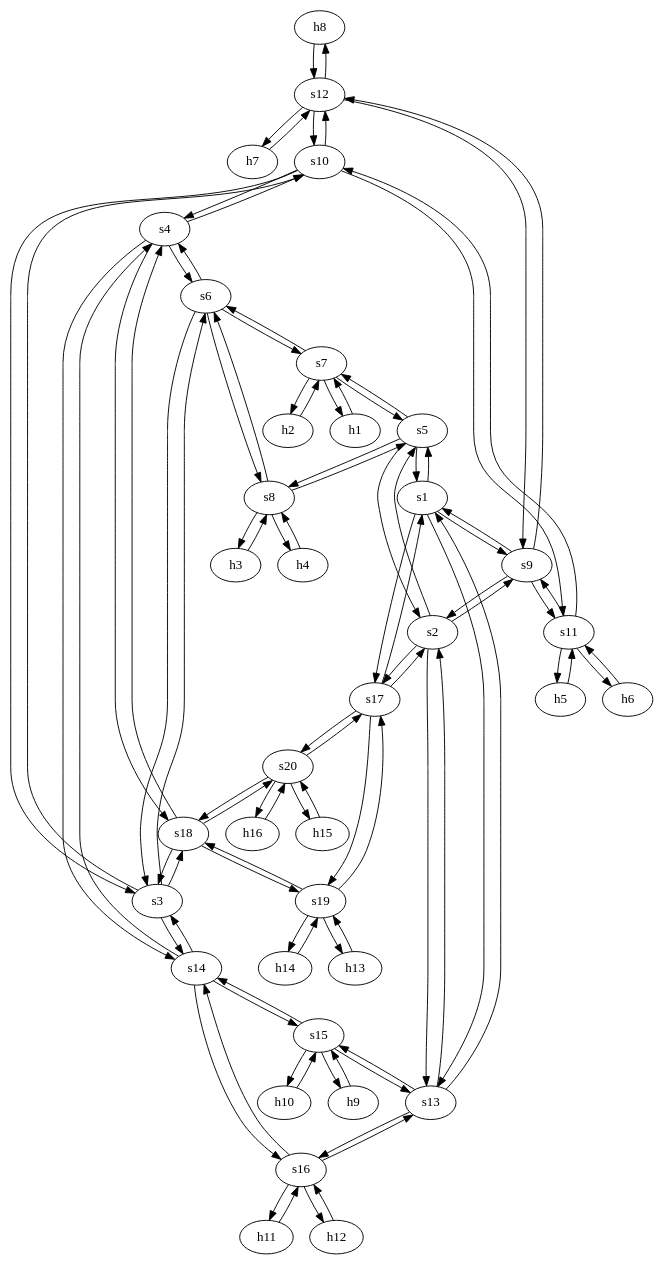
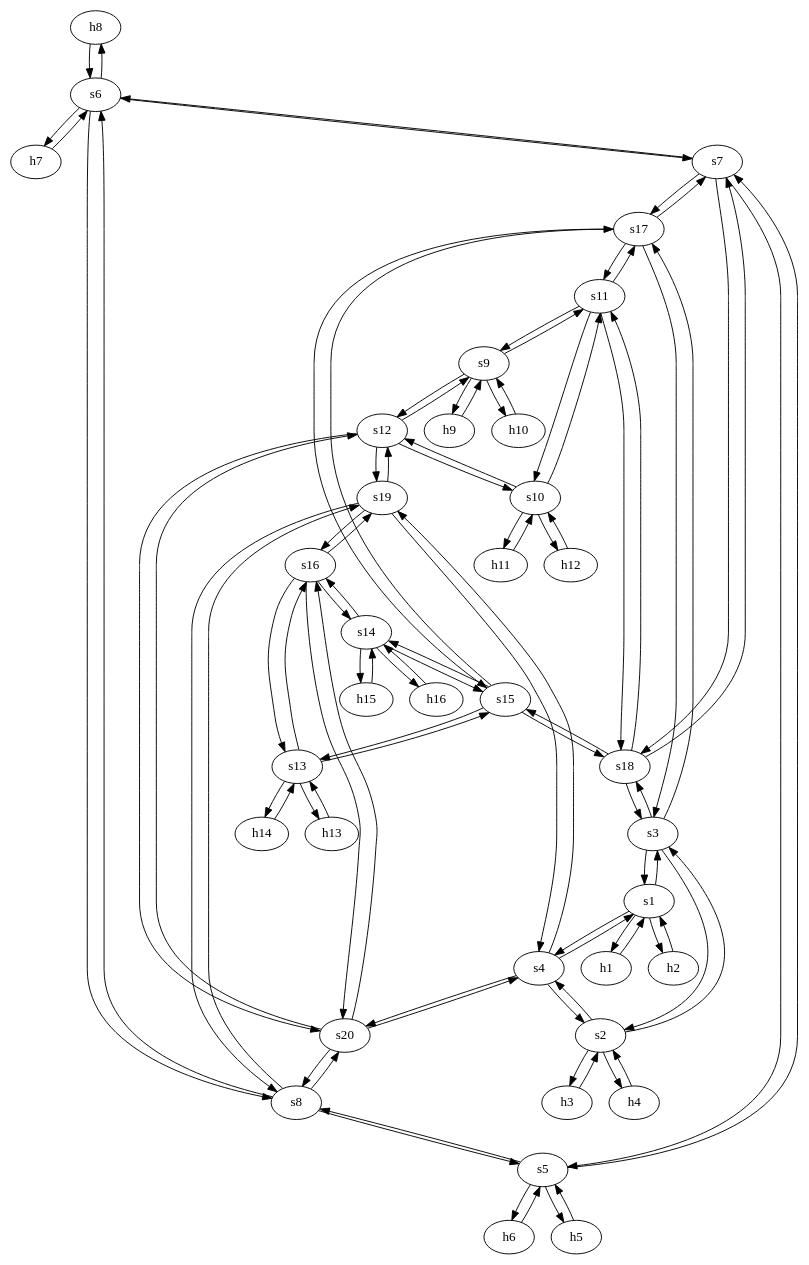
Before and after one commit to frenetic-lang/frenetic: the diagram in examples/output/fattree-4.dot, drawn with Graphviz. The commit also changed 9 other files, not shown here.

```diff
--- a/examples/output/fattree-4.dot
+++ b/examples/output/fattree-4.dot
@@ -2,202 +2,194 @@
 	h8	 [ip="111.0.0.8",
 		mac="0:0:0:0:0:8",
 		type=host];
-	s12	 [id=12,
+	s6	 [id=6,
 		level="edge",
 		type=switch];
-	h8 -> s12	 [capacity="1Gbps",
+	h8 -> s6	 [capacity="1Gbps",
 		cost=1,
-		dst_port=3,
+		dst_port=1,
 		src_port=0];
 	h9	 [ip="111.0.0.9",
 		mac="0:0:0:0:0:9",
 		type=host];
-	s15	 [id=15,
+	s9	 [id=9,
 		level="edge",
 		type=switch];
-	h9 -> s15	 [capacity="1Gbps",
+	h9 -> s9	 [capacity="1Gbps",
 		cost=1,
-		dst_port=2,
+		dst_port=0,
 		src_port=0];
 	h2	 [ip="111.0.0.2",
 		mac="0:0:0:0:0:2",
 		type=host];
-	s7	 [id=7,
+	s1	 [id=1,
 		level="edge",
 		type=switch];
-	h2 -> s7	 [capacity="1Gbps",
+	h2 -> s1	 [capacity="1Gbps",
 		cost=1,
-		dst_port=3,
+		dst_port=1,
 		src_port=0];
 	h3	 [ip="111.0.0.3",
 		mac="0:0:0:0:0:3",
 		type=host];
-	s8	 [id=8,
+	s2	 [id=2,
 		level="edge",
 		type=switch];
-	h3 -> s8	 [capacity="1Gbps",
+	h3 -> s2	 [capacity="1Gbps",
 		cost=1,
-		dst_port=2,
+		dst_port=0,
 		src_port=0];
 	h1	 [ip="111.0.0.1",
 		mac="0:0:0:0:0:1",
 		type=host];
-	h1 -> s7	 [capacity="1Gbps",
+	h1 -> s1	 [capacity="1Gbps",
 		cost=1,
-		dst_port=2,
+		dst_port=0,
 		src_port=0];
 	h6	 [ip="111.0.0.6",
 		mac="0:0:0:0:0:6",
 		type=host];
-	s11	 [id=11,
+	s5	 [id=5,
 		level="edge",
 		type=switch];
-	h6 -> s11	 [capacity="1Gbps",
+	h6 -> s5	 [capacity="1Gbps",
 		cost=1,
-		dst_port=3,
+		dst_port=1,
 		src_port=0];
 	h7	 [ip="111.0.0.7",
 		mac="0:0:0:0:0:7",
 		type=host];
-	h7 -> s12	 [capacity="1Gbps",
+	h7 -> s6	 [capacity="1Gbps",
 		cost=1,
-		dst_port=2,
+		dst_port=0,
 		src_port=0];
 	h4	 [ip="111.0.0.4",
 		mac="0:0:0:0:0:4",
 		type=host];
-	h4 -> s8	 [capacity="1Gbps",
+	h4 -> s2	 [capacity="1Gbps",
 		cost=1,
-		dst_port=3,
+		dst_port=1,
 		src_port=0];
 	h5	 [ip="111.0.0.5",
 		mac="0:0:0:0:0:5",
 		type=host];
-	h5 -> s11	 [capacity="1Gbps",
+	h5 -> s5	 [capacity="1Gbps",
 		cost=1,
-		dst_port=2,
+		dst_port=0,
 		src_port=0];
-	s9	 [id=9,
+	s9 -> h9	 [capacity="1Gbps",
+		cost=1,
+		dst_port=0,
+		src_port=0];
+	s12	 [id=12,
 		level=aggregation,
 		type=switch];
-	s2	 [id=2,
-		level=core,
-		type=switch];
-	s9 -> s2	 [capacity="1Gbps",
-		cost=1,
-		dst_port=1,
-		src_port=1];
-	s1	 [id=1,
-		level=core,
-		type=switch];
-	s9 -> s1	 [capacity="1Gbps",
-		cost=1,
-		dst_port=1,
-		src_port=0];
 	s9 -> s12	 [capacity="1Gbps",
 		cost=1,
 		dst_port=0,
 		src_port=3];
+	s11	 [id=11,
+		level=aggregation,
+		type=switch];
 	s9 -> s11	 [capacity="1Gbps",
 		cost=1,
 		dst_port=0,
 		src_port=2];
-	s8 -> h3	 [capacity="1Gbps",
+	h10	 [ip="111.0.0.10",
+		mac="0:0:0:0:0:a",
+		type=host];
+	s9 -> h10	 [capacity="1Gbps",
 		cost=1,
 		dst_port=0,
-		src_port=2];
-	s8 -> h4	 [capacity="1Gbps",
-		cost=1,
-		dst_port=0,
-		src_port=3];
-	s6	 [id=6,
+		src_port=1];
+	s8	 [id=8,
 		level=aggregation,
 		type=switch];
 	s8 -> s6	 [capacity="1Gbps",
 		cost=1,
 		dst_port=3,
 		src_port=1];
-	s5	 [id=5,
-		level=aggregation,
-		type=switch];
 	s8 -> s5	 [capacity="1Gbps",
 		cost=1,
 		dst_port=3,
 		src_port=0];
-	s3	 [id=3,
+	s19	 [id=19,
 		level=core,
 		type=switch];
-	s3 -> s6	 [capacity="1Gbps",
+	s8 -> s19	 [capacity="1Gbps",
 		cost=1,
-		dst_port=0,
+		dst_port=1,
+		src_port=2];
+	s20	 [id=20,
+		level=core,
+		type=switch];
+	s8 -> s20	 [capacity="1Gbps",
+		cost=1,
+		dst_port=1,
+		src_port=3];
+	s3	 [id=3,
+		level=aggregation,
+		type=switch];
+	s3 -> s2	 [capacity="1Gbps",
+		cost=1,
+		dst_port=2,
+		src_port=1];
+	s3 -> s1	 [capacity="1Gbps",
+		cost=1,
+		dst_port=2,
 		src_port=0];
 	s18	 [id=18,
-		level=aggregation,
+		level=core,
 		type=switch];
 	s3 -> s18	 [capacity="1Gbps",
 		cost=1,
 		dst_port=0,
 		src_port=3];
-	s10	 [id=10,
-		level=aggregation,
+	s17	 [id=17,
+		level=core,
 		type=switch];
-	s3 -> s10	 [capacity="1Gbps",
+	s3 -> s17	 [capacity="1Gbps",
+		cost=1,
+		dst_port=0,
+		src_port=2];
+	s2 -> h3	 [capacity="1Gbps",
+		cost=1,
+		dst_port=0,
+		src_port=0];
+	s2 -> h4	 [capacity="1Gbps",
 		cost=1,
 		dst_port=0,
 		src_port=1];
-	s14	 [id=14,
+	s2 -> s3	 [capacity="1Gbps",
+		cost=1,
+		dst_port=1,
+		src_port=2];
+	s4	 [id=4,
 		level=aggregation,
 		type=switch];
-	s3 -> s14	 [capacity="1Gbps",
+	s2 -> s4	 [capacity="1Gbps",
+		cost=1,
+		dst_port=1,
+		src_port=3];
+	s1 -> h2	 [capacity="1Gbps",
+		cost=1,
+		dst_port=0,
+		src_port=1];
+	s1 -> h1	 [capacity="1Gbps",
+		cost=1,
+		dst_port=0,
+		src_port=0];
+	s1 -> s3	 [capacity="1Gbps",
 		cost=1,
 		dst_port=0,
 		src_port=2];
-	s2 -> s9	 [capacity="1Gbps",
-		cost=1,
-		dst_port=1,
-		src_port=1];
-	s2 -> s5	 [capacity="1Gbps",
-		cost=1,
-		dst_port=1,
-		src_port=0];
-	s13	 [id=13,
-		level=aggregation,
-		type=switch];
-	s2 -> s13	 [capacity="1Gbps",
-		cost=1,
-		dst_port=1,
-		src_port=2];
-	s17	 [id=17,
-		level=aggregation,
-		type=switch];
-	s2 -> s17	 [capacity="1Gbps",
-		cost=1,
-		dst_port=1,
-		src_port=3];
-	s1 -> s9	 [capacity="1Gbps",
-		cost=1,
-		dst_port=0,
-		src_port=1];
-	s1 -> s5	 [capacity="1Gbps",
-		cost=1,
-		dst_port=0,
-		src_port=0];
-	s1 -> s13	 [capacity="1Gbps",
-		cost=1,
-		dst_port=0,
-		src_port=2];
-	s1 -> s17	 [capacity="1Gbps",
+	s1 -> s4	 [capacity="1Gbps",
 		cost=1,
 		dst_port=0,
 		src_port=3];
-	s7 -> h2	 [capacity="1Gbps",
-		cost=1,
-		dst_port=0,
-		src_port=3];
-	s7 -> h1	 [capacity="1Gbps",
-		cost=1,
-		dst_port=0,
-		src_port=2];
+	s7	 [id=7,
+		level=aggregation,
+		type=switch];
 	s7 -> s6	 [capacity="1Gbps",
 		cost=1,
 		dst_port=2,
@@ -206,110 +198,101 @@
 		cost=1,
 		dst_port=2,
 		src_port=0];
+	s7 -> s18	 [capacity="1Gbps",
+		cost=1,
+		dst_port=1,
+		src_port=3];
+	s7 -> s17	 [capacity="1Gbps",
+		cost=1,
+		dst_port=1,
+		src_port=2];
+	s6 -> h8	 [capacity="1Gbps",
+		cost=1,
+		dst_port=0,
+		src_port=1];
+	s6 -> h7	 [capacity="1Gbps",
+		cost=1,
+		dst_port=0,
+		src_port=0];
 	s6 -> s8	 [capacity="1Gbps",
 		cost=1,
 		dst_port=1,
 		src_port=3];
-	s6 -> s3	 [capacity="1Gbps",
-		cost=1,
-		dst_port=0,
-		src_port=0];
 	s6 -> s7	 [capacity="1Gbps",
 		cost=1,
 		dst_port=1,
 		src_port=2];
-	s4	 [id=4,
-		level=core,
-		type=switch];
-	s6 -> s4	 [capacity="1Gbps",
+	s5 -> h6	 [capacity="1Gbps",
 		cost=1,
 		dst_port=0,
 		src_port=1];
+	s5 -> h5	 [capacity="1Gbps",
+		cost=1,
+		dst_port=0,
+		src_port=0];
 	s5 -> s8	 [capacity="1Gbps",
 		cost=1,
 		dst_port=0,
 		src_port=3];
-	s5 -> s2	 [capacity="1Gbps",
-		cost=1,
-		dst_port=0,
-		src_port=1];
-	s5 -> s1	 [capacity="1Gbps",
-		cost=1,
-		dst_port=0,
-		src_port=0];
 	s5 -> s7	 [capacity="1Gbps",
 		cost=1,
 		dst_port=0,
 		src_port=2];
-	s4 -> s6	 [capacity="1Gbps",
+	s4 -> s2	 [capacity="1Gbps",
 		cost=1,
-		dst_port=1,
+		dst_port=3,
+		src_port=1];
+	s4 -> s1	 [capacity="1Gbps",
+		cost=1,
+		dst_port=3,
 		src_port=0];
-	s4 -> s18	 [capacity="1Gbps",
+	s4 -> s19	 [capacity="1Gbps",
 		cost=1,
-		dst_port=1,
+		dst_port=0,
+		src_port=2];
+	s4 -> s20	 [capacity="1Gbps",
+		cost=1,
+		dst_port=0,
 		src_port=3];
-	s4 -> s10	 [capacity="1Gbps",
-		cost=1,
-		dst_port=1,
-		src_port=1];
-	s4 -> s14	 [capacity="1Gbps",
-		cost=1,
-		dst_port=1,
-		src_port=2];
-	s19	 [id=19,
-		level="edge",
-		type=switch];
-	s19 -> s18	 [capacity="1Gbps",
+	s19 -> s8	 [capacity="1Gbps",
 		cost=1,
 		dst_port=2,
 		src_port=1];
-	s19 -> s17	 [capacity="1Gbps",
+	s19 -> s4	 [capacity="1Gbps",
 		cost=1,
 		dst_port=2,
 		src_port=0];
-	h13	 [ip="111.0.0.13",
-		mac="0:0:0:0:0:d",
-		type=host];
-	s19 -> h13	 [capacity="1Gbps",
+	s19 -> s12	 [capacity="1Gbps",
 		cost=1,
-		dst_port=0,
+		dst_port=2,
 		src_port=2];
-	h14	 [ip="111.0.0.14",
-		mac="0:0:0:0:0:e",
-		type=host];
-	s19 -> h14	 [capacity="1Gbps",
+	s16	 [id=16,
+		level=aggregation,
+		type=switch];
+	s19 -> s16	 [capacity="1Gbps",
 		cost=1,
-		dst_port=0,
+		dst_port=2,
 		src_port=3];
 	s18 -> s3	 [capacity="1Gbps",
 		cost=1,
 		dst_port=3,
 		src_port=0];
-	s18 -> s4	 [capacity="1Gbps",
+	s18 -> s7	 [capacity="1Gbps",
 		cost=1,
 		dst_port=3,
 		src_port=1];
-	s18 -> s19	 [capacity="1Gbps",
+	s18 -> s11	 [capacity="1Gbps",
 		cost=1,
-		dst_port=1,
+		dst_port=3,
 		src_port=2];
-	s20	 [id=20,
-		level="edge",
+	s15	 [id=15,
+		level=aggregation,
 		type=switch];
-	s18 -> s20	 [capacity="1Gbps",
+	s18 -> s15	 [capacity="1Gbps",
 		cost=1,
-		dst_port=1,
+		dst_port=3,
 		src_port=3];
-	s13 -> s2	 [capacity="1Gbps",
-		cost=1,
-		dst_port=2,
-		src_port=1];
-	s13 -> s1	 [capacity="1Gbps",
-		cost=1,
-		dst_port=2,
-		src_port=0];
-	s16	 [id=16,
+	s13	 [id=13,
 		level="edge",
 		type=switch];
 	s13 -> s16	 [capacity="1Gbps",
@@ -320,46 +303,55 @@
 		cost=1,
 		dst_port=0,
 		src_port=2];
-	s12 -> h8	 [capacity="1Gbps",
+	h13	 [ip="111.0.0.13",
+		mac="0:0:0:0:0:d",
+		type=host];
+	s13 -> h13	 [capacity="1Gbps",
 		cost=1,
 		dst_port=0,
-		src_port=3];
-	s12 -> h7	 [capacity="1Gbps",
+		src_port=0];
+	h14	 [ip="111.0.0.14",
+		mac="0:0:0:0:0:e",
+		type=host];
+	s13 -> h14	 [capacity="1Gbps",
 		cost=1,
 		dst_port=0,
-		src_port=2];
+		src_port=1];
 	s12 -> s9	 [capacity="1Gbps",
 		cost=1,
 		dst_port=3,
 		src_port=0];
+	s12 -> s19	 [capacity="1Gbps",
+		cost=1,
+		dst_port=2,
+		src_port=2];
+	s10	 [id=10,
+		level="edge",
+		type=switch];
 	s12 -> s10	 [capacity="1Gbps",
 		cost=1,
 		dst_port=3,
 		src_port=1];
-	s11 -> h6	 [capacity="1Gbps",
+	s12 -> s20	 [capacity="1Gbps",
 		cost=1,
-		dst_port=0,
+		dst_port=2,
 		src_port=3];
-	s11 -> h5	 [capacity="1Gbps",
-		cost=1,
-		dst_port=0,
-		src_port=2];
 	s11 -> s9	 [capacity="1Gbps",
 		cost=1,
 		dst_port=2,
 		src_port=0];
+	s11 -> s18	 [capacity="1Gbps",
+		cost=1,
+		dst_port=2,
+		src_port=3];
 	s11 -> s10	 [capacity="1Gbps",
 		cost=1,
 		dst_port=2,
 		src_port=1];
-	s10 -> s3	 [capacity="1Gbps",
+	s11 -> s17	 [capacity="1Gbps",
 		cost=1,
-		dst_port=1,
-		src_port=0];
-	s10 -> s4	 [capacity="1Gbps",
-		cost=1,
-		dst_port=1,
-		src_port=1];
+		dst_port=2,
+		src_port=2];
 	s10 -> s12	 [capacity="1Gbps",
 		cost=1,
 		dst_port=1,
@@ -368,68 +360,68 @@
 		cost=1,
 		dst_port=1,
 		src_port=2];
-	s17 -> s2	 [capacity="1Gbps",
+	h11	 [ip="111.0.0.11",
+		mac="0:0:0:0:0:b",
+		type=host];
+	s10 -> h11	 [capacity="1Gbps",
+		cost=1,
+		dst_port=0,
+		src_port=0];
+	h12	 [ip="111.0.0.12",
+		mac="0:0:0:0:0:c",
+		type=host];
+	s10 -> h12	 [capacity="1Gbps",
+		cost=1,
+		dst_port=0,
+		src_port=1];
+	s17 -> s3	 [capacity="1Gbps",
+		cost=1,
+		dst_port=2,
+		src_port=0];
+	s17 -> s7	 [capacity="1Gbps",
+		cost=1,
+		dst_port=2,
+		src_port=1];
+	s17 -> s11	 [capacity="1Gbps",
+		cost=1,
+		dst_port=2,
+		src_port=2];
+	s17 -> s15	 [capacity="1Gbps",
+		cost=1,
+		dst_port=2,
+		src_port=3];
+	s16 -> s19	 [capacity="1Gbps",
 		cost=1,
 		dst_port=3,
-		src_port=1];
-	s17 -> s1	 [capacity="1Gbps",
-		cost=1,
-		dst_port=3,
-		src_port=0];
-	s17 -> s19	 [capacity="1Gbps",
-		cost=1,
-		dst_port=0,
 		src_port=2];
-	s17 -> s20	 [capacity="1Gbps",
-		cost=1,
-		dst_port=0,
-		src_port=3];
 	s16 -> s13	 [capacity="1Gbps",
 		cost=1,
 		dst_port=3,
 		src_port=0];
+	s14	 [id=14,
+		level="edge",
+		type=switch];
 	s16 -> s14	 [capacity="1Gbps",
 		cost=1,
 		dst_port=3,
 		src_port=1];
-	h11	 [ip="111.0.0.11",
-		mac="0:0:0:0:0:b",
-		type=host];
-	s16 -> h11	 [capacity="1Gbps",
+	s16 -> s20	 [capacity="1Gbps",
 		cost=1,
-		dst_port=0,
-		src_port=2];
-	h12	 [ip="111.0.0.12",
-		mac="0:0:0:0:0:c",
-		type=host];
-	s16 -> h12	 [capacity="1Gbps",
+		dst_port=3,
+		src_port=3];
+	s15 -> s18	 [capacity="1Gbps",
 		cost=1,
-		dst_port=0,
+		dst_port=3,
 		src_port=3];
-	s15 -> h9	 [capacity="1Gbps",
-		cost=1,
-		dst_port=0,
-		src_port=2];
 	s15 -> s13	 [capacity="1Gbps",
 		cost=1,
 		dst_port=2,
 		src_port=0];
+	s15 -> s17	 [capacity="1Gbps",
+		cost=1,
+		dst_port=3,
+		src_port=2];
 	s15 -> s14	 [capacity="1Gbps",
-		cost=1,
-		dst_port=2,
-		src_port=1];
-	h10	 [ip="111.0.0.10",
-		mac="0:0:0:0:0:a",
-		type=host];
-	s15 -> h10	 [capacity="1Gbps",
-		cost=1,
-		dst_port=0,
-		src_port=3];
-	s14 -> s3	 [capacity="1Gbps",
-		cost=1,
-		dst_port=2,
-		src_port=0];
-	s14 -> s4	 [capacity="1Gbps",
 		cost=1,
 		dst_port=2,
 		src_port=1];
@@ -441,54 +433,62 @@
 		cost=1,
 		dst_port=1,
 		src_port=2];
-	h10 -> s15	 [capacity="1Gbps",
-		cost=1,
-		dst_port=3,
-		src_port=0];
-	h11 -> s16	 [capacity="1Gbps",
-		cost=1,
-		dst_port=2,
-		src_port=0];
-	h12 -> s16	 [capacity="1Gbps",
-		cost=1,
-		dst_port=3,
-		src_port=0];
-	h13 -> s19	 [capacity="1Gbps",
-		cost=1,
-		dst_port=2,
-		src_port=0];
-	h14 -> s19	 [capacity="1Gbps",
-		cost=1,
-		dst_port=3,
-		src_port=0];
 	h15	 [ip="111.0.0.15",
 		mac="0:0:0:0:0:f",
 		type=host];
-	h15 -> s20	 [capacity="1Gbps",
+	s14 -> h15	 [capacity="1Gbps",
 		cost=1,
-		dst_port=2,
+		dst_port=0,
 		src_port=0];
 	h16	 [ip="111.0.0.16",
 		mac="0:0:0:0:0:10",
 		type=host];
-	h16 -> s20	 [capacity="1Gbps",
+	s14 -> h16	 [capacity="1Gbps",
+		cost=1,
+		dst_port=0,
+		src_port=1];
+	h10 -> s9	 [capacity="1Gbps",
+		cost=1,
+		dst_port=1,
+		src_port=0];
+	h11 -> s10	 [capacity="1Gbps",
+		cost=1,
+		dst_port=0,
+		src_port=0];
+	h12 -> s10	 [capacity="1Gbps",
+		cost=1,
+		dst_port=1,
+		src_port=0];
+	h13 -> s13	 [capacity="1Gbps",
+		cost=1,
+		dst_port=0,
+		src_port=0];
+	h14 -> s13	 [capacity="1Gbps",
+		cost=1,
+		dst_port=1,
+		src_port=0];
+	h15 -> s14	 [capacity="1Gbps",
+		cost=1,
+		dst_port=0,
+		src_port=0];
+	h16 -> s14	 [capacity="1Gbps",
+		cost=1,
+		dst_port=1,
+		src_port=0];
+	s20 -> s8	 [capacity="1Gbps",
+		cost=1,
+		dst_port=3,
+		src_port=1];
+	s20 -> s4	 [capacity="1Gbps",
 		cost=1,
 		dst_port=3,
 		src_port=0];
-	s20 -> s18	 [capacity="1Gbps",
+	s20 -> s12	 [capacity="1Gbps",
 		cost=1,
 		dst_port=3,
-		src_port=1];
-	s20 -> s17	 [capacity="1Gbps",
+		src_port=2];
+	s20 -> s16	 [capacity="1Gbps",
 		cost=1,
 		dst_port=3,
-		src_port=0];
-	s20 -> h15	 [capacity="1Gbps",
-		cost=1,
-		dst_port=0,
-		src_port=2];
-	s20 -> h16	 [capacity="1Gbps",
-		cost=1,
-		dst_port=0,
 		src_port=3];
 }
```
